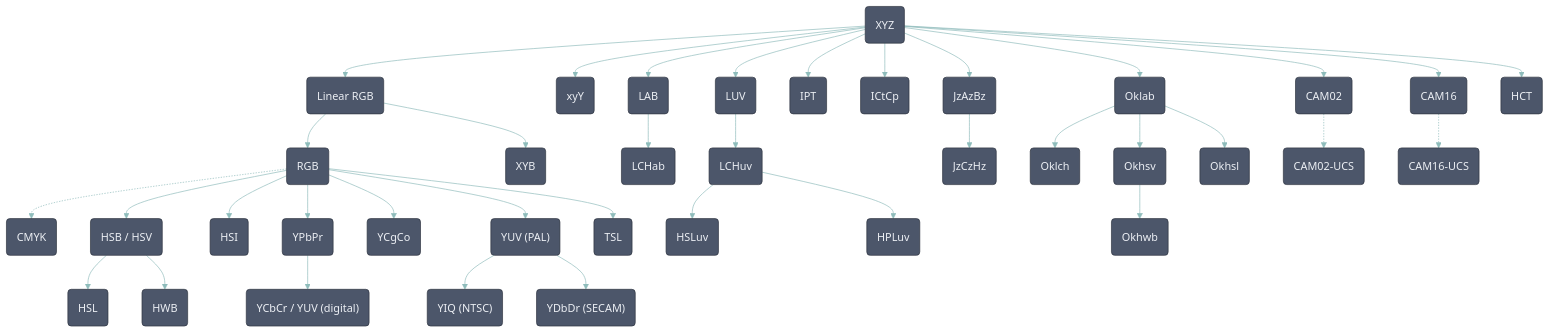
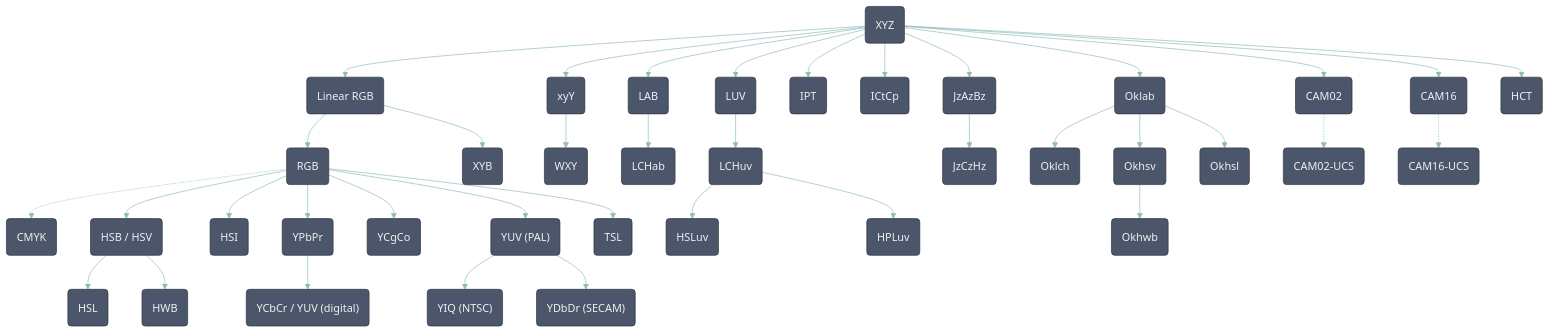
The first of 2 diagrams in README.md (waacton/Unicolour), drawn with Mermaid before and after one commit. The commit also changed other lines of this file and 77 other files, not shown here.

```diff
--- a/README.md
+++ b/README.md
@@ -204,8 +206,9 @@
   HSL(HSL)
   HWB(HWB)
   HSI(HSI)
+  XYZ(XYZ)
   XYY(xyY)
-  XYZ(XYZ)
+  WXY(WXY)
   LAB(LAB)
   LCHAB(LCHab)
   LUV(LUV)
@@ -252,6 +255,7 @@
   RGB --> TSL
   RGBLIN --> XYB
   XYZ --> XYY
+  XYY --> WXY
   XYZ --> LAB
   LAB --> LCHAB
   XYZ --> LUV
```
